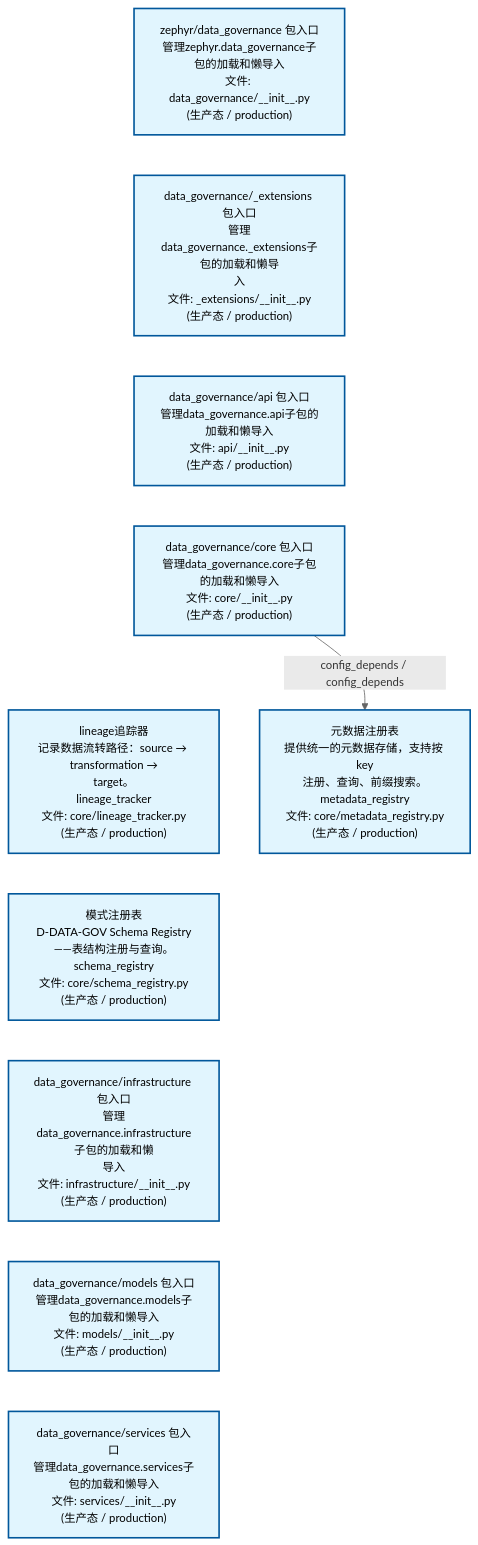
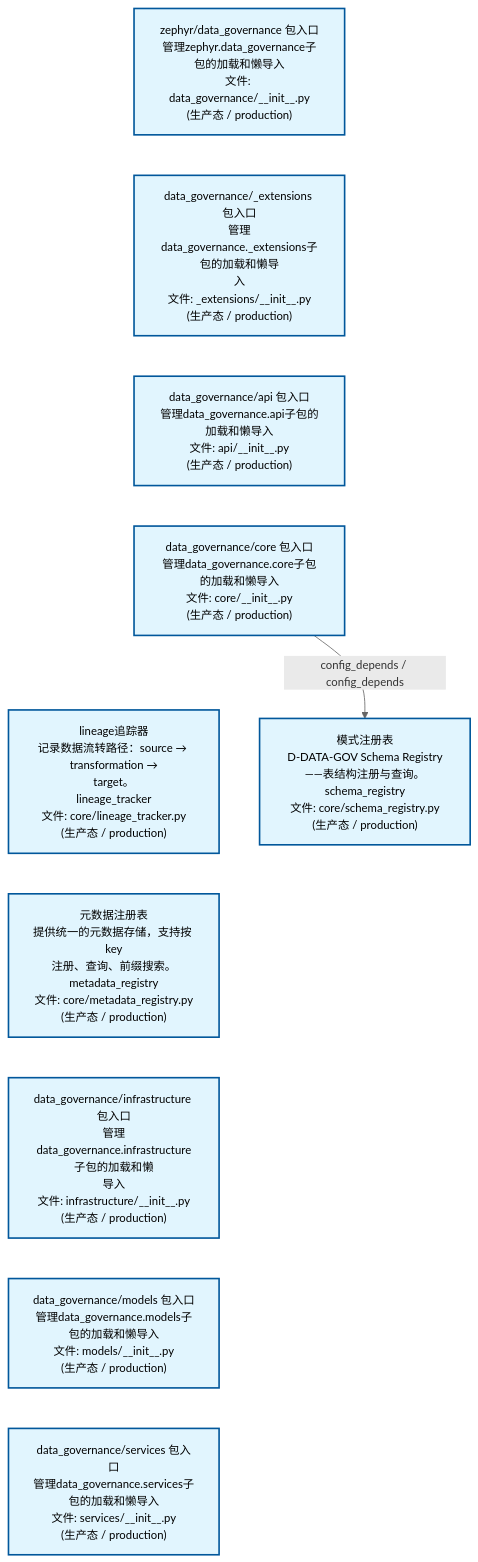
Before and after one commit to xuanFelixVan/ZephyrAlpha: the first of 2 diagrams in docs/02_enterprise_architecture/02_domain_architecture_docs/13_d_data_gov.md, drawn with Mermaid. The commit also changed other lines of this file and 43 other files, not shown here.

````diff
--- a/docs/02_enterprise_architecture/02_domain_architecture_docs/13_d_data_gov.md
+++ b/docs/02_enterprise_architecture/02_domain_architecture_docs/13_d_data_gov.md
@@ -53,28 +53,28 @@
 ```mermaid
 %%{init: {'theme': 'base', 'themeVariables': {'primaryColor': '#eaeaea', 'primaryTextColor': '#333333', 'primaryBorderColor': '#666666', 'lineColor': '#666666', 'secondaryColor': '#eaeaea', 'tertiaryColor': '#eaeaea', 'fontSize': '14px'}}}%%
 flowchart TD
     src_zephyr_data_governance_init_py["zephyr/data_governance 包入口<br/>管理zephyr.data_governance子包的加载和懒导入<br/>文件: data_governance/__init__.py<br/>(生产态 / production)"]
     src_zephyr_data_governance_extensions_init_py["data_governance/_extensions 包入口<br/>管理data_governance._extensions子包的加载和懒导<br/>入<br/>文件: _extensions/__init__.py<br/>(生产态 / production)"]
     src_zephyr_data_governance_api_init_py["data_governance/api 包入口<br/>管理data_governance.api子包的加载和懒导入<br/>文件: api/__init__.py<br/>(生产态 / production)"]
     src_zephyr_data_governance_core_init_py["data_governance/core 包入口<br/>管理data_governance.core子包的加载和懒导入<br/>文件: core/__init__.py<br/>(生产态 / production)"]
     src_zephyr_data_governance_core_lineage_tracker_py["lineage追踪器<br/>记录数据流转路径：source → transformation →<br/>target。<br/>lineage_tracker<br/>文件: core/lineage_tracker.py<br/>(生产态 / production)"]
-    src_zephyr_data_governance_core_schema_registry_py["模式注册表<br/>D-DATA-GOV Schema Registry——表结构注册与查询。<br/>schema_registry<br/>文件: core/schema_registry.py<br/>(生产态 / production)"]
+    src_zephyr_data_governance_core_metadata_registry_py["元数据注册表<br/>提供统一的元数据存储，支持按 key<br/>注册、查询、前缀搜索。<br/>metadata_registry<br/>文件: core/metadata_registry.py<br/>(生产态 / production)"]
     src_zephyr_data_governance_infrastructure_init_py["data_governance/infrastructure 包入口<br/>管理data_governance.infrastructure子包的加载和懒<br/>导入<br/>文件: infrastructure/__init__.py<br/>(生产态 / production)"]
     src_zephyr_data_governance_models_init_py["data_governance/models 包入口<br/>管理data_governance.models子包的加载和懒导入<br/>文件: models/__init__.py<br/>(生产态 / production)"]
     src_zephyr_data_governance_services_init_py["data_governance/services 包入口<br/>管理data_governance.services子包的加载和懒导入<br/>文件: services/__init__.py<br/>(生产态 / production)"]
     src_zephyr_data_governance_init_py ~~~ src_zephyr_data_governance_extensions_init_py
     src_zephyr_data_governance_extensions_init_py ~~~ src_zephyr_data_governance_api_init_py
     src_zephyr_data_governance_api_init_py ~~~ src_zephyr_data_governance_core_init_py
     src_zephyr_data_governance_core_init_py ~~~ src_zephyr_data_governance_core_lineage_tracker_py
-    src_zephyr_data_governance_core_lineage_tracker_py ~~~ src_zephyr_data_governance_core_schema_registry_py
-    src_zephyr_data_governance_core_schema_registry_py ~~~ src_zephyr_data_governance_infrastructure_init_py
+    src_zephyr_data_governance_core_lineage_tracker_py ~~~ src_zephyr_data_governance_core_metadata_registry_py
+    src_zephyr_data_governance_core_metadata_registry_py ~~~ src_zephyr_data_governance_infrastructure_init_py
     src_zephyr_data_governance_infrastructure_init_py ~~~ src_zephyr_data_governance_models_init_py
     src_zephyr_data_governance_models_init_py ~~~ src_zephyr_data_governance_services_init_py
-    src_zephyr_data_governance_core_metadata_registry_py["元数据注册表<br/>提供统一的元数据存储，支持按 key<br/>注册、查询、前缀搜索。<br/>metadata_registry<br/>文件: core/metadata_registry.py<br/>(生产态 / production)"]
-    src_zephyr_data_governance_core_init_py -->|config_depends / config_depends| src_zephyr_data_governance_core_metadata_registry_py
+    src_zephyr_data_governance_core_schema_registry_py["模式注册表<br/>D-DATA-GOV Schema Registry——表结构注册与查询。<br/>schema_registry<br/>文件: core/schema_registry.py<br/>(生产态 / production)"]
+    src_zephyr_data_governance_core_init_py -->|config_depends / config_depends| src_zephyr_data_governance_core_schema_registry_py
     classDef production fill:#e1f5fe,stroke:#01579b,stroke-width:2px,color:#000
     classDef design fill:#fff3e0,stroke:#e65100,stroke-width:2px,color:#000,stroke-dasharray: 5 5
     classDef external_prod fill:#e8f4fd,stroke:#0277bd,stroke-width:1px,color:#000
     classDef external_design fill:#fff8e7,stroke:#ef6c00,stroke-width:1px,color:#000,stroke-dasharray: 5 5
     class src_zephyr_data_governance_init_py,src_zephyr_data_governance_extensions_init_py,src_zephyr_data_governance_api_init_py,src_zephyr_data_governance_core_init_py,src_zephyr_data_governance_core_lineage_tracker_py,src_zephyr_data_governance_core_metadata_registry_py,src_zephyr_data_governance_core_schema_registry_py,src_zephyr_data_governance_infrastructure_init_py,src_zephyr_data_governance_models_init_py,src_zephyr_data_governance_services_init_py production
 ```
````
